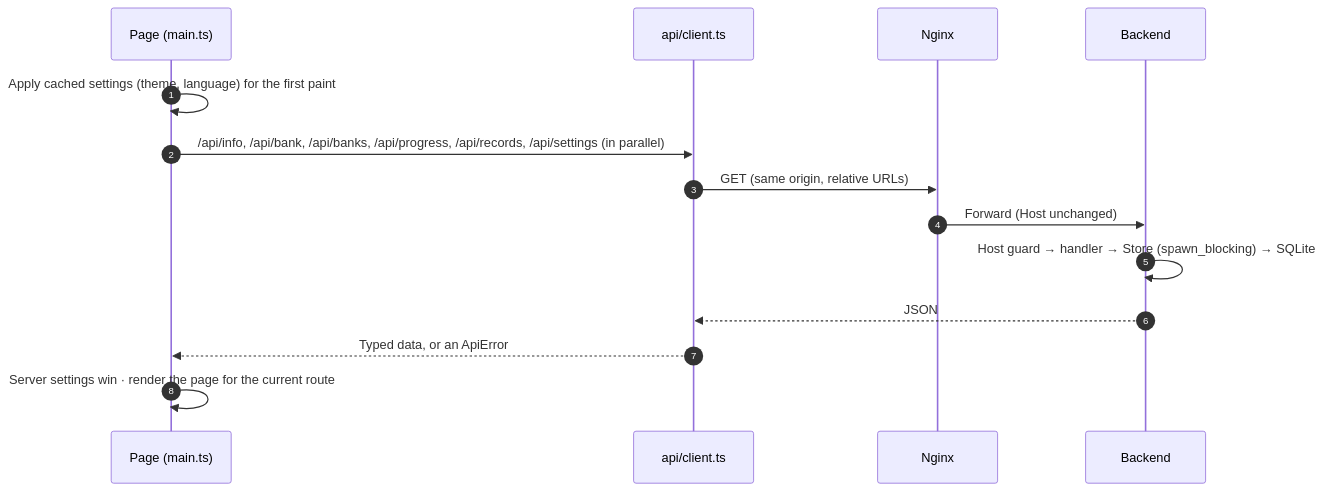
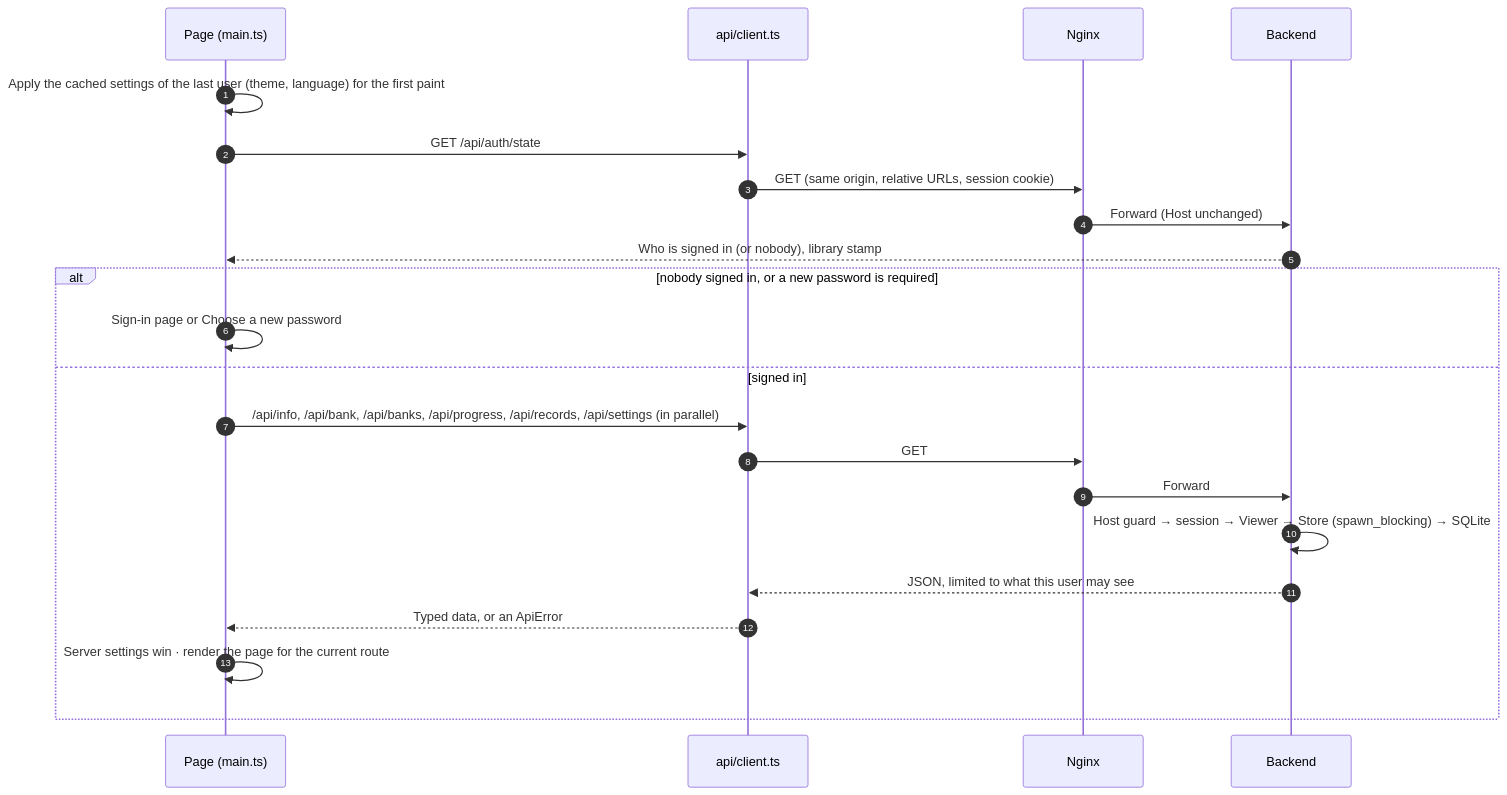
Before and after one commit to Yumin-Space/xexam: the fourth of 5 diagrams in docs/en/architecture.md, drawn with Mermaid. The commit also changed other lines of this file and 295 other files, not shown here.

````diff
--- a/docs/en/architecture.md
+++ b/docs/en/architecture.md
@@ -184,16 +246,24 @@
 ```mermaid
 sequenceDiagram
     autonumber
     participant P as Page (main.ts)
     participant C as api/client.ts
     participant N as Nginx
     participant B as Backend
-    P->>P: Apply cached settings (theme, language) for the first paint
-    P->>C: /api/info, /api/bank, /api/banks, /api/progress, /api/records, /api/settings (in parallel)
-    C->>N: GET (same origin, relative URLs)
+    P->>P: Apply the cached settings of the last user (theme, language) for the first paint
+    P->>C: GET /api/auth/state
+    C->>N: GET (same origin, relative URLs, session cookie)
     N->>B: Forward (Host unchanged)
-    B->>B: Host guard → handler → Store (spawn_blocking) → SQLite
-    B-->>C: JSON
-    C-->>P: Typed data, or an ApiError
-    P->>P: Server settings win · render the page for the current route
+    B-->>P: Who is signed in (or nobody), library stamp
+    alt nobody signed in, or a new password is required
+        P->>P: Sign-in page or Choose a new password
+    else signed in
+        P->>C: /api/info, /api/bank, /api/banks, /api/progress, /api/records, /api/settings (in parallel)
+        C->>N: GET
+        N->>B: Forward
+        B->>B: Host guard → session → Viewer → Store (spawn_blocking) → SQLite
+        B-->>C: JSON, limited to what this user may see
+        C-->>P: Typed data, or an ApiError
+        P->>P: Server settings win · render the page for the current route
+    end
 ```
````
